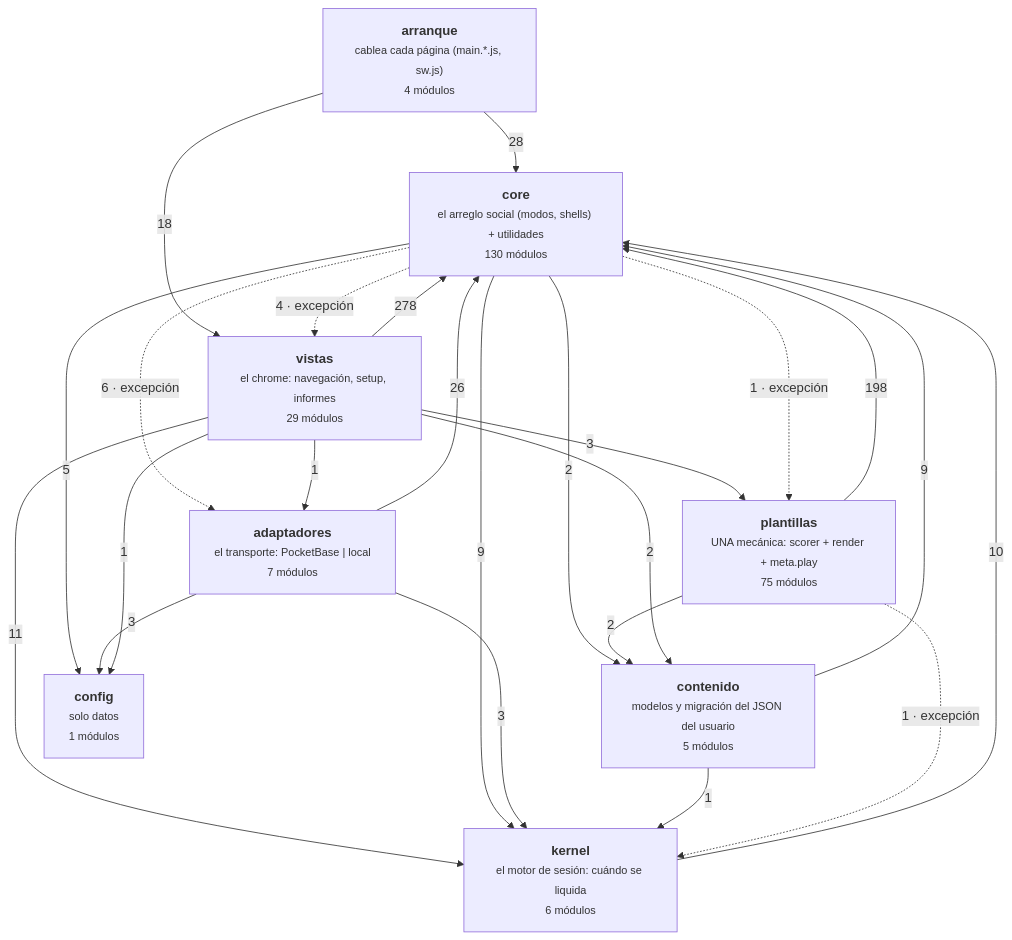
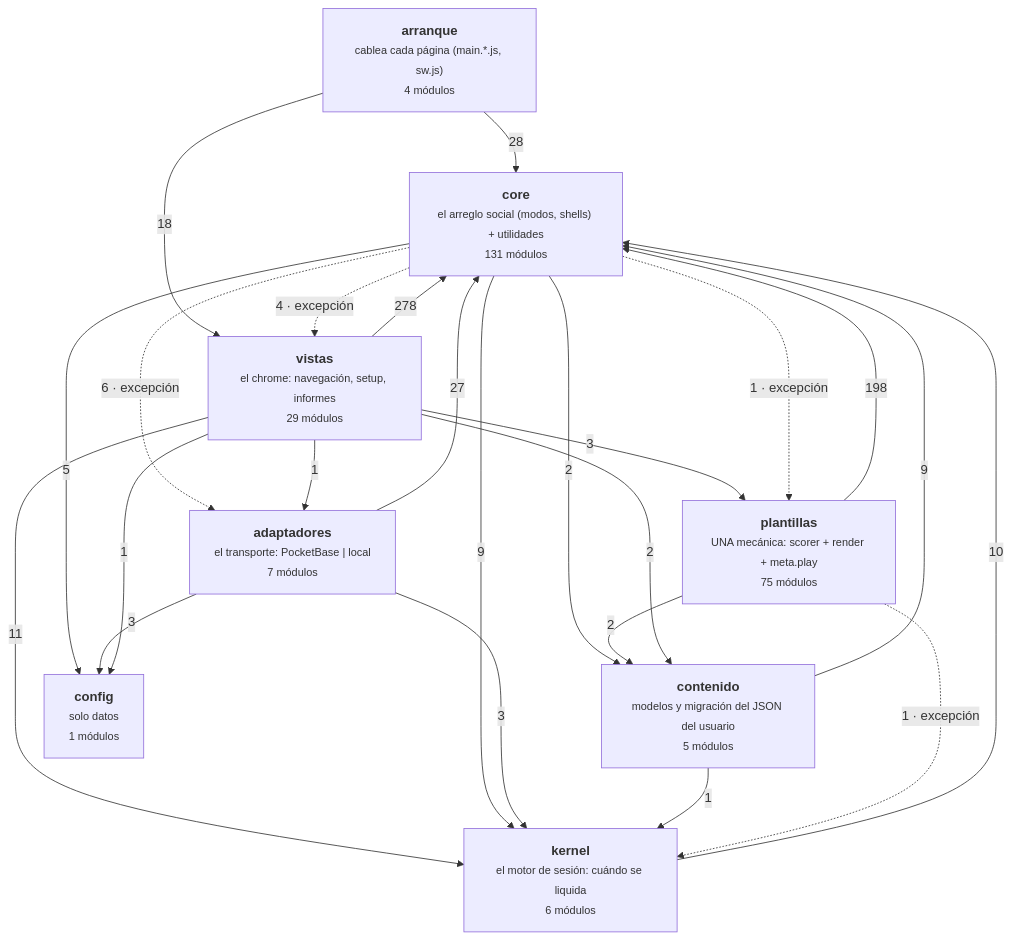
One commit to duecaz/ac changed the diagram in docs/arquitectura-modulos.md. Above: the diagram before and after it, drawn with Mermaid. The commit also changed other lines of this file and 10 other files, not shown here.

````diff
--- a/docs/arquitectura-modulos.md
+++ b/docs/arquitectura-modulos.md
@@ -56,34 +56,34 @@
 ```mermaid
 graph TD
   A["<b>arranque</b><br/><small>cablea cada página (main.*.js, sw.js)</small><br/><small>4 módulos</small>"]
   V["<b>vistas</b><br/><small>el chrome: navegación, setup, informes</small><br/><small>29 módulos</small>"]
   AD["<b>adaptadores</b><br/><small>el transporte: PocketBase | local</small><br/><small>7 módulos</small>"]
-  C["<b>core</b><br/><small>el arreglo social (modos, shells) + utilidades</small><br/><small>130 módulos</small>"]
+  C["<b>core</b><br/><small>el arreglo social (modos, shells) + utilidades</small><br/><small>131 módulos</small>"]
   K["<b>kernel</b><br/><small>el motor de sesión: cuándo se liquida</small><br/><small>6 módulos</small>"]
   T["<b>plantillas</b><br/><small>UNA mecánica: scorer + render + meta.play</small><br/><small>75 módulos</small>"]
   CO["<b>contenido</b><br/><small>modelos y migración del JSON del usuario</small><br/><small>5 módulos</small>"]
   CF["<b>config</b><br/><small>solo datos</small><br/><small>1 módulos</small>"]
   V -->|278| C
   T -->|198| C
   A -->|28| C
-  AD -->|26| C
+  AD -->|27| C
   A -->|18| V
   V -->|11| K
   K -->|10| C
   C -->|9| K
   CO -->|9| C
   C -.->|6 · excepción| AD
   C -->|5| CF
   C -.->|4 · excepción| V
   AD -->|3| CF
   AD -->|3| K
   V -->|3| T
   C -->|2| CO
   T -->|2| CO
   V -->|2| CO
   C -.->|1 · excepción| T
   CO -->|1| K
   T -.->|1 · excepción| K
   V -->|1| AD
   V -->|1| CF
 ```
````
